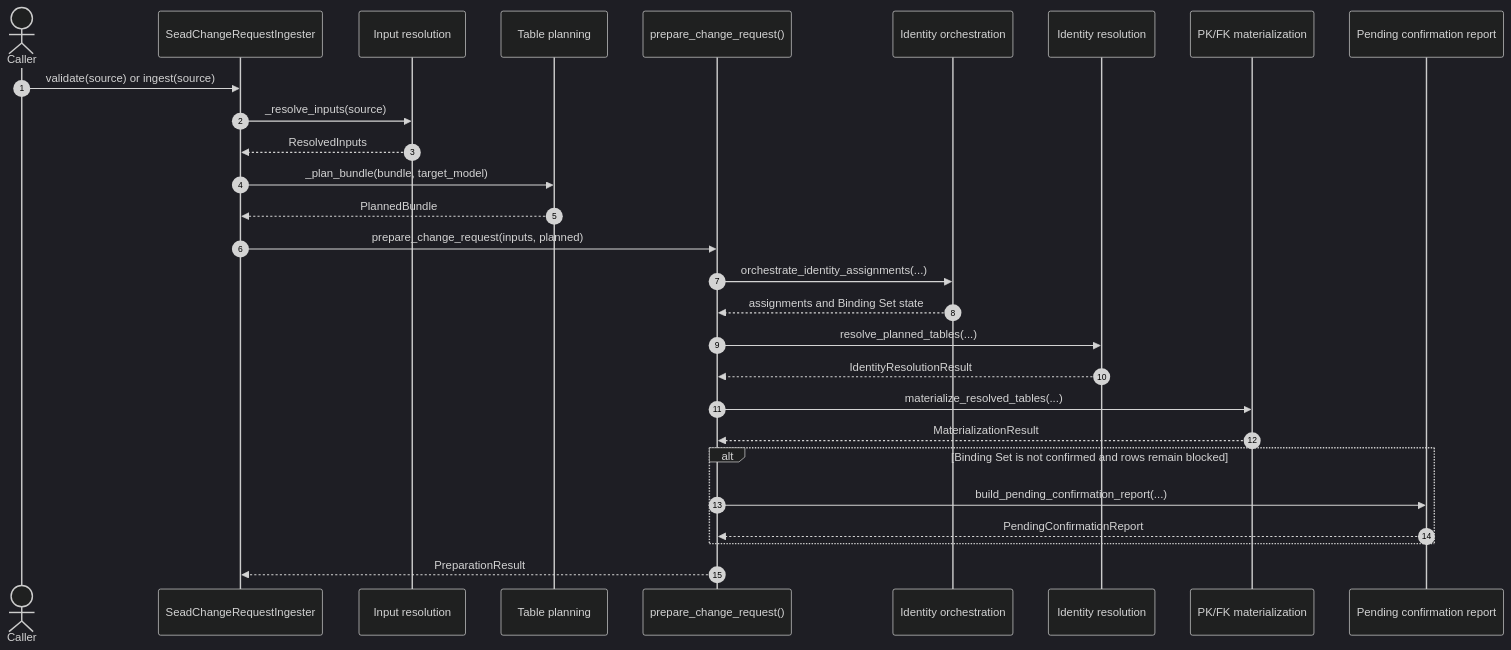
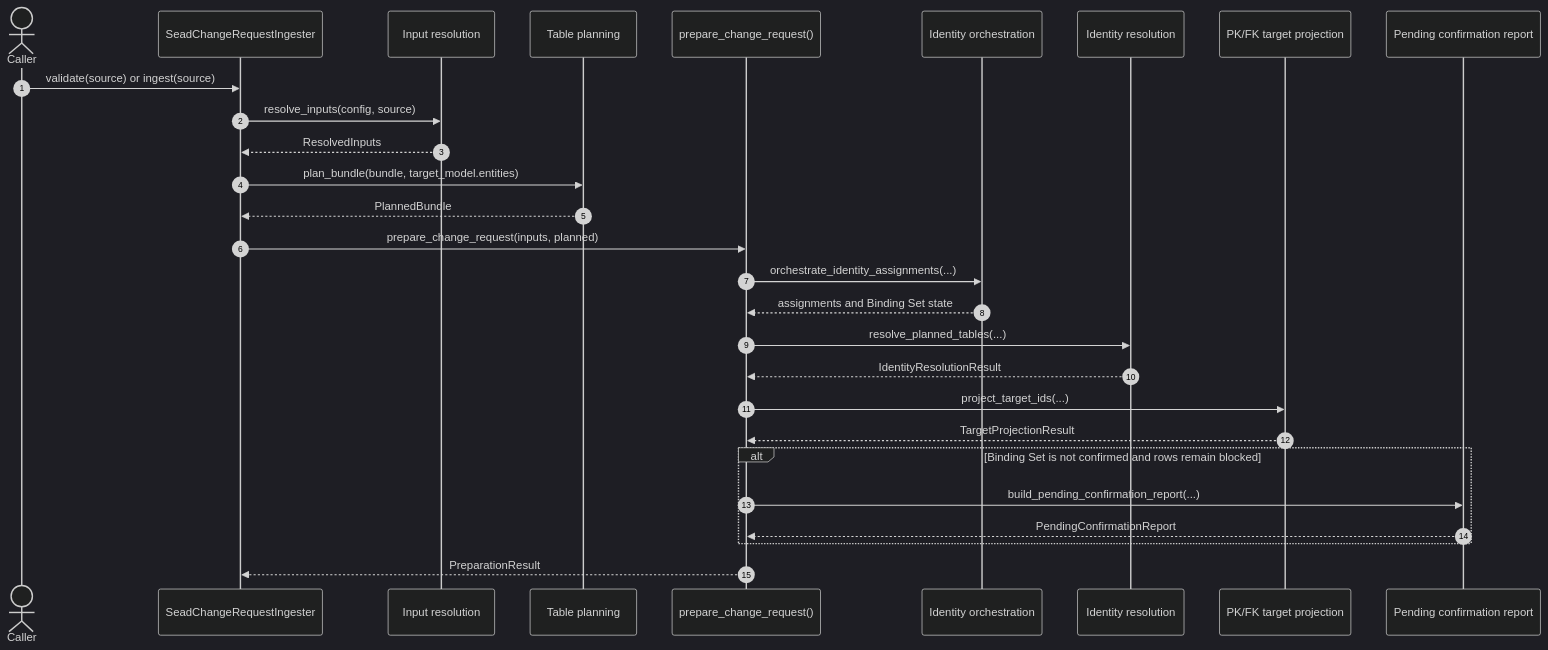
The first of 3 diagrams in ingesters/sead_change_request/DIAGRAMS.md (humlab-sead/sead_shape_shifter), drawn with Mermaid (dark theme) before and after one commit. The commit also changed other lines of this file and 17 other files, not shown here.

First line of the commit message:
refactor(ingesters): rename target projection step

````diff
--- a/ingesters/sead_change_request/DIAGRAMS.md
+++ b/ingesters/sead_change_request/DIAGRAMS.md
@@ -15,33 +15,33 @@
 ```mermaid
 sequenceDiagram
     autonumber
     actor Caller
     participant Ingester as SeadChangeRequestIngester
     participant Inputs as Input resolution
     participant Planning as Table planning
     participant Prep as prepare_change_request()
     participant Orch as Identity orchestration
     participant Resolve as Identity resolution
-    participant Materialize as PK/FK materialization
+    participant Project as PK/FK target projection
     participant Confirm as Pending confirmation report
 
     Caller->>Ingester: validate(source) or ingest(source)
-    Ingester->>Inputs: _resolve_inputs(source)
+    Ingester->>Inputs: resolve_inputs(config, source)
     Inputs-->>Ingester: ResolvedInputs
-    Ingester->>Planning: _plan_bundle(bundle, target_model)
+    Ingester->>Planning: plan_bundle(bundle, target_model.entities)
     Planning-->>Ingester: PlannedBundle
     Ingester->>Prep: prepare_change_request(inputs, planned)
     Prep->>Orch: orchestrate_identity_assignments(...)
     Orch-->>Prep: assignments and Binding Set state
     Prep->>Resolve: resolve_planned_tables(...)
     Resolve-->>Prep: IdentityResolutionResult
-    Prep->>Materialize: materialize_resolved_tables(...)
-    Materialize-->>Prep: MaterializationResult
+    Prep->>Project: project_target_ids(...)
+    Project-->>Prep: TargetProjectionResult
 
     alt Binding Set is not confirmed and rows remain blocked
         Prep->>Confirm: build_pending_confirmation_report(...)
         Confirm-->>Prep: PendingConfirmationReport
     end
 
     Prep-->>Ingester: PreparationResult
 ```
````
